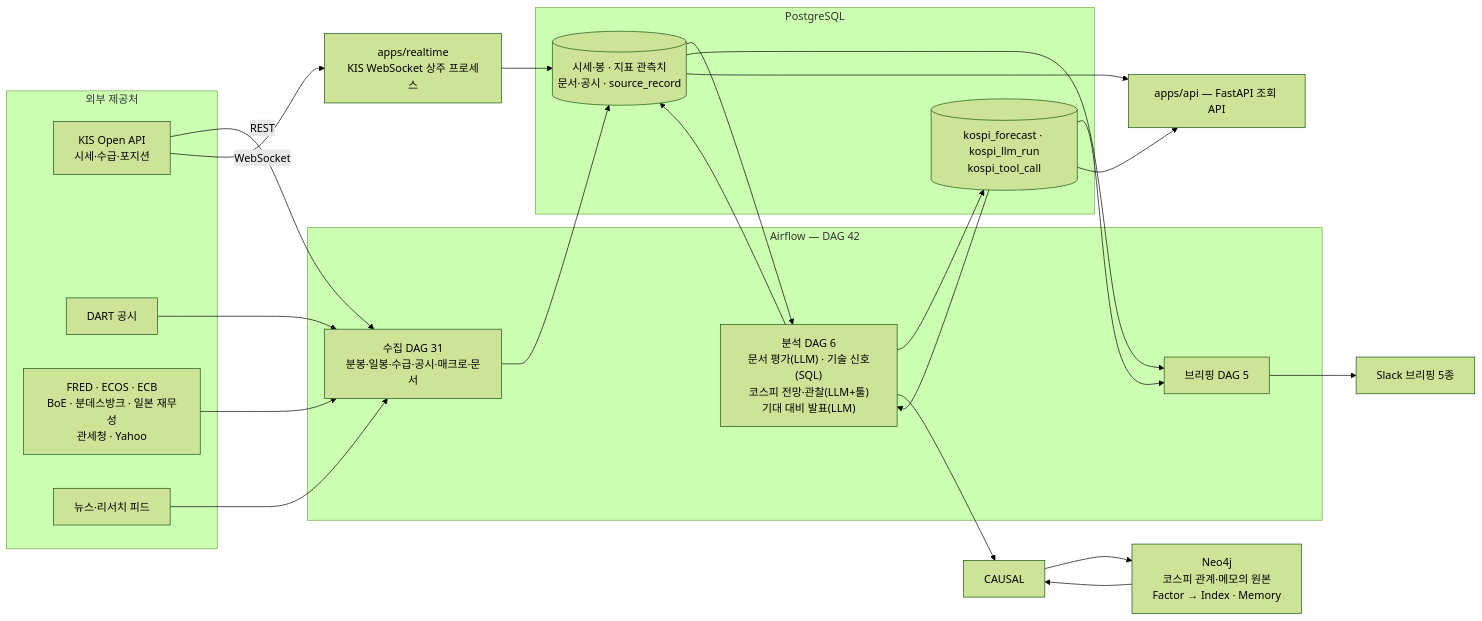
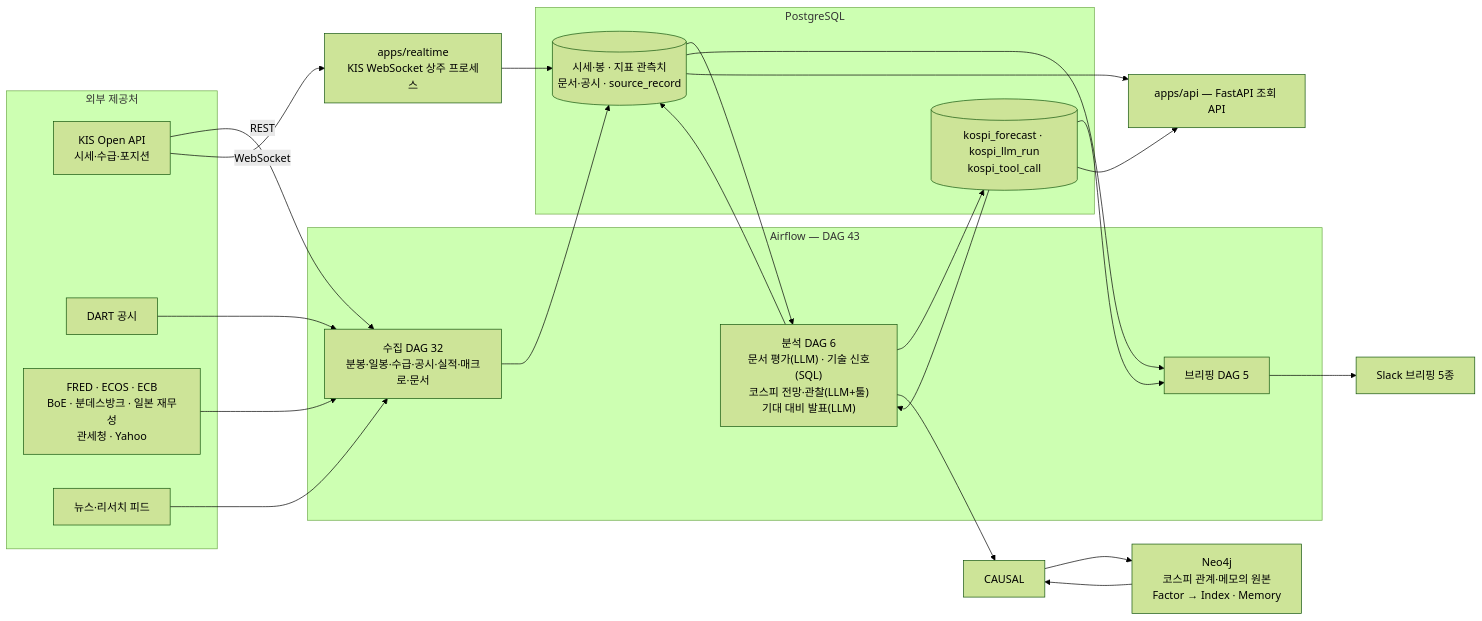
The diagram in README.md (6691a/finance), drawn with Mermaid (forest theme) before and after one commit. The commit also changed 12 other files, not shown here.

````diff
--- a/README.md
+++ b/README.md
@@ -29,49 +29,49 @@
 ```mermaid
 flowchart LR
     subgraph EXT["외부 제공처"]
         KIS["KIS Open API<br/>시세·수급·포지션"]
         DART["DART 공시"]
         MACRO["FRED · ECOS · ECB<br/>BoE · 분데스방크 · 일본 재무성<br/>관세청 · Yahoo"]
         FEED["뉴스·리서치 피드"]
     end
 
-    subgraph AF["Airflow — DAG 42"]
-        COL["수집 DAG 31<br/>분봉·일봉·수급·공시·매크로·문서"]
+    subgraph AF["Airflow — DAG 43"]
+        COL["수집 DAG 32<br/>분봉·일봉·수급·공시·실적·매크로·문서"]
         ANA["분석 DAG 6<br/>문서 평가(LLM) · 기술 신호(SQL)<br/>코스피 전망·관찰(LLM+툴)<br/>기대 대비 발표(LLM)"]
         BRF["브리핑 DAG 5"]
     end
 
     RT["apps/realtime<br/>KIS WebSocket 상주 프로세스"]
 
     subgraph DB["PostgreSQL"]
         FACT[("시세·봉 · 지표 관측치<br/>문서·공시 · source_record")]
         THESIS[("kospi_forecast · kospi_llm_run<br/>kospi_tool_call")]
     end
 
     GRAPH["Neo4j<br/>코스피 관계·메모의 원본<br/>Factor → Index · Memory"]
 
     SLACK["Slack 브리핑 5종"]
     API["apps/api — FastAPI 조회 API"]
 
     KIS -->|REST| COL
     DART --> COL
     MACRO --> COL
     FEED --> COL
     KIS -->|WebSocket| RT
 
     COL --> FACT
     RT --> FACT
     FACT --> ANA
     ANA --> FACT
     ANA --> THESIS
     THESIS --> ANA
     ANA --> CAUSAL
     CAUSAL --> GRAPH
     GRAPH --> CAUSAL
 
     FACT --> BRF
     THESIS --> BRF
     BRF --> SLACK
     THESIS --> API
     FACT --> API
 ```
````
